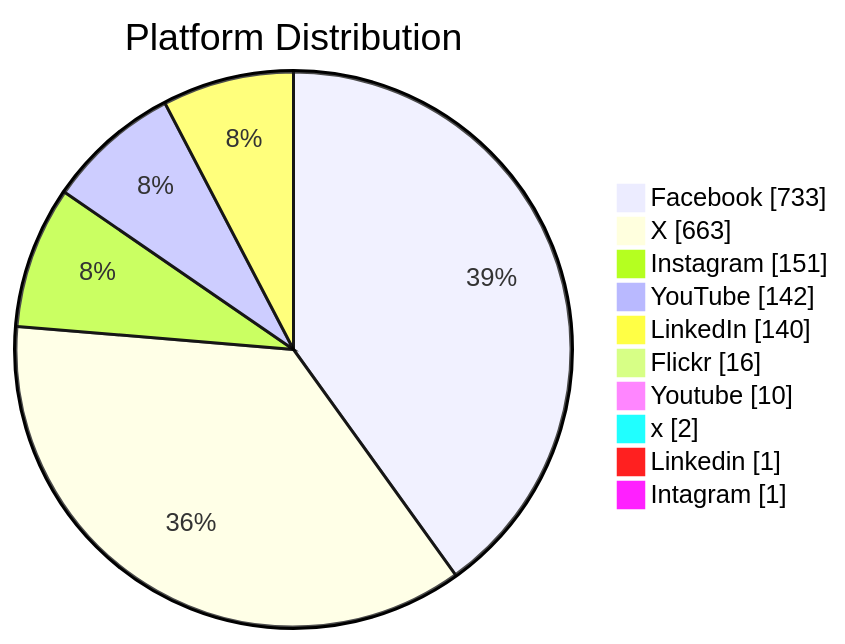
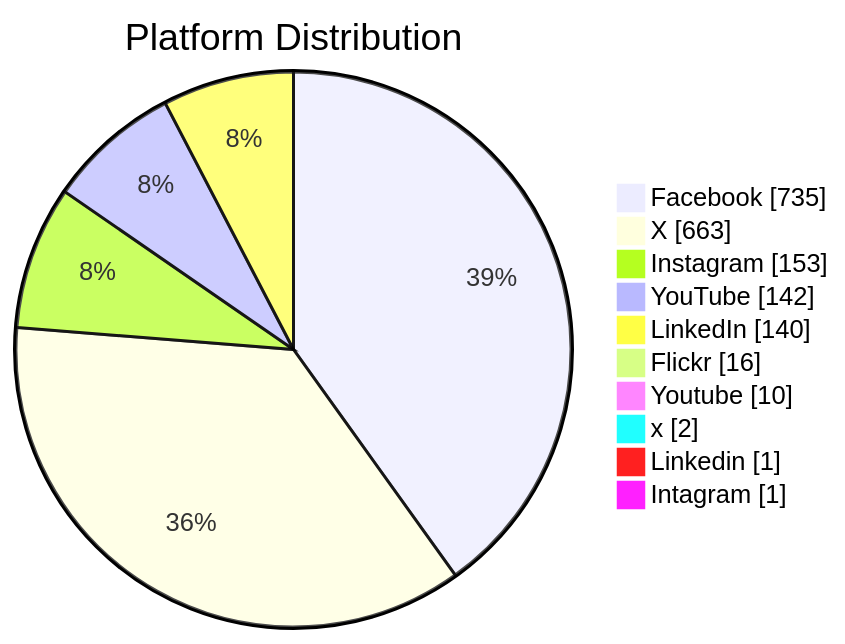
Before and after one commit to PatLittle/GC-Socials: the second of 6 diagrams in README.md, drawn with Mermaid. The commit also changed other lines of this file, not shown here.

Commit message:
Update README with Platform Distribution pie chart

````diff
--- a/README.md
+++ b/README.md
@@ -64,13 +65,13 @@
 ```mermaid
 pie showData title Platform Distribution
-    "Facebook": 733
+    "Facebook": 735
     "X": 663
-    "Instagram": 151
+    "Instagram": 153
     "YouTube": 142
     "LinkedIn": 140
     "Flickr": 16
     "Youtube": 10
     "x": 2
     "Linkedin": 1
     "Intagram": 1
 ```
````
